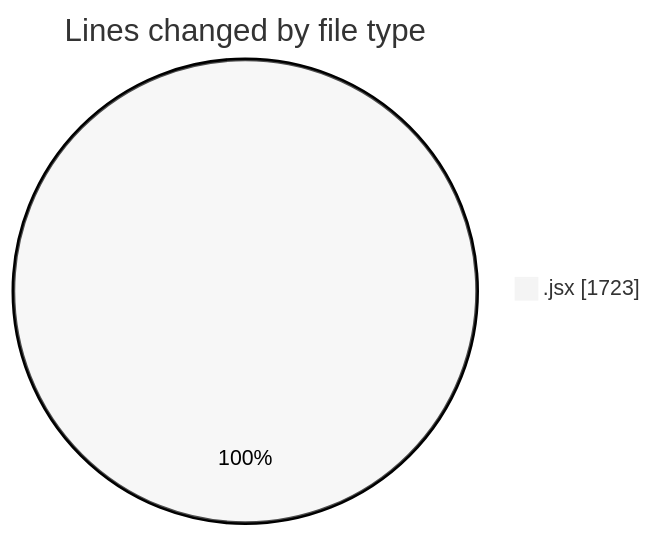
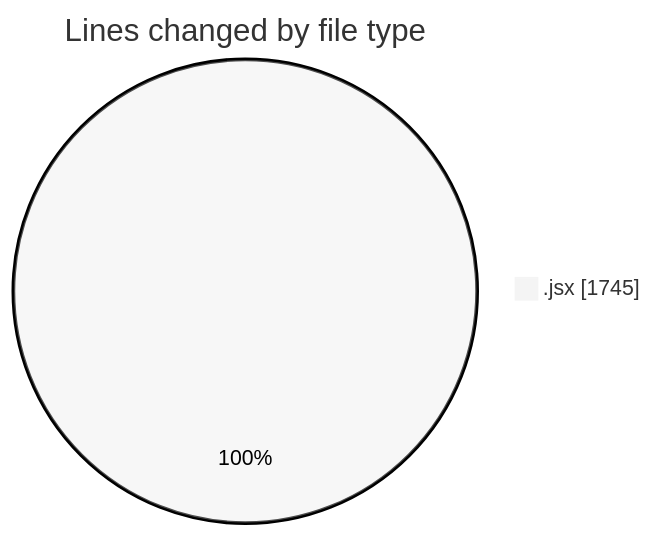
The first of 2 diagrams in 2025-05-05/nxtqube_webapp/README.md (nxtqubesakshisongat/code-tracking), drawn with Mermaid (neutral theme) before and after one commit. The commit also changed other lines of this file and 1 other file, not shown here.

````diff
--- a/2025-05-05/nxtqube_webapp/README.md
+++ b/2025-05-05/nxtqube_webapp/README.md
@@ -20,5 +20,5 @@
 ```mermaid
 pie showData
 title Lines changed by file type
-".jsx" : 1723
+".jsx" : 1745
 ```
````
